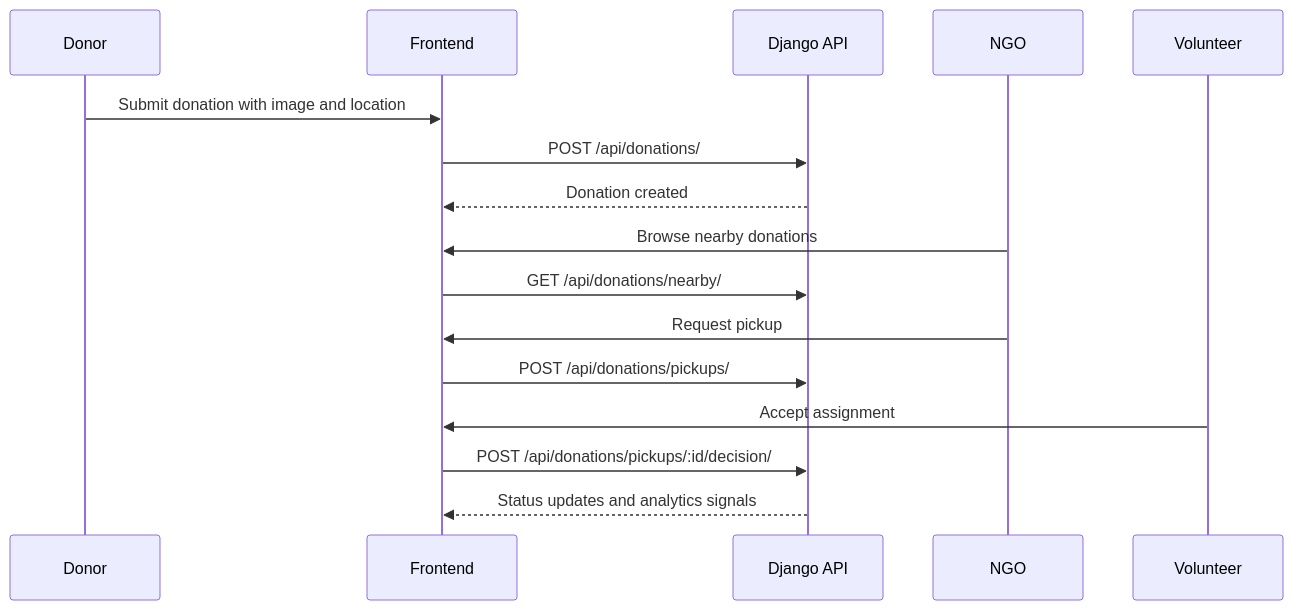
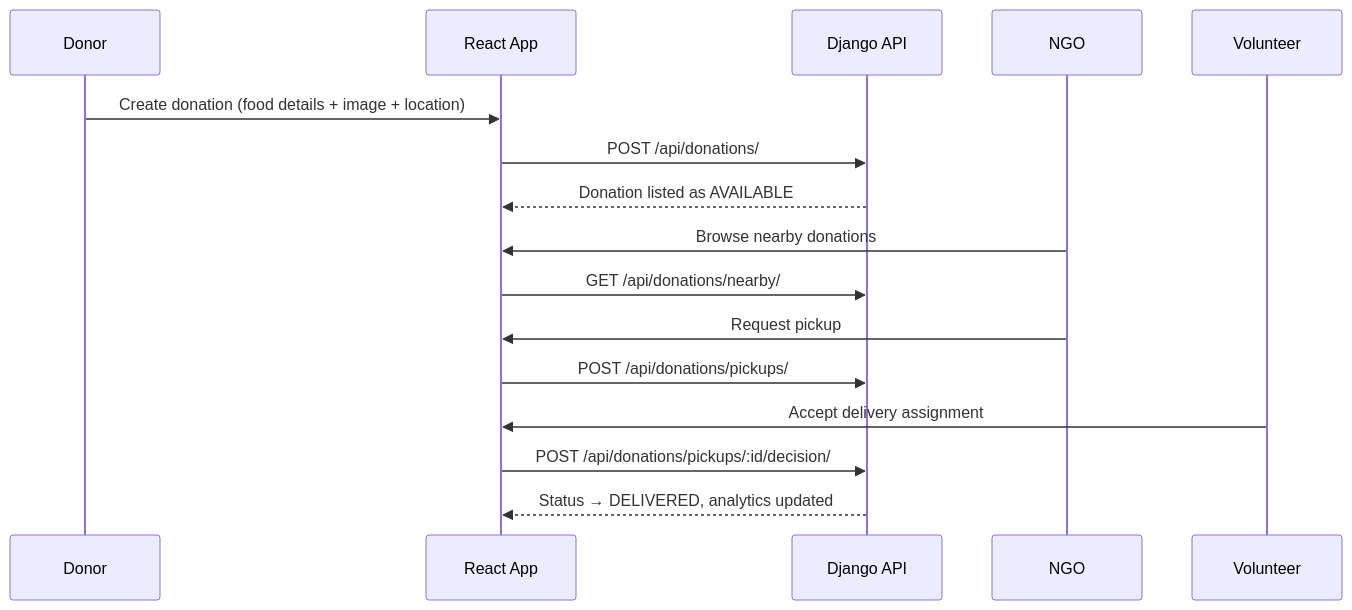
One commit to Rahul-panda564/FoodSave changed the second of 2 diagrams in README.md. Above: the diagram before and after it, drawn with Mermaid. The commit also changed other lines of this file and 16 other files, not shown here.

````diff
--- a/README.md
+++ b/README.md
@@ -111,19 +61,19 @@
 ```mermaid
 sequenceDiagram
   participant Donor
-  participant Frontend
+  participant App as React App
   participant API as Django API
   participant NGO
   participant Volunteer
 
-  Donor->>Frontend: Submit donation with image and location
-  Frontend->>API: POST /api/donations/
-  API-->>Frontend: Donation created
-  NGO->>Frontend: Browse nearby donations
-  Frontend->>API: GET /api/donations/nearby/
-  NGO->>Frontend: Request pickup
-  Frontend->>API: POST /api/donations/pickups/
-  Volunteer->>Frontend: Accept assignment
-  Frontend->>API: POST /api/donations/pickups/:id/decision/
-  API-->>Frontend: Status updates and analytics signals
+  Donor->>App: Create donation (food details + image + location)
+  App->>API: POST /api/donations/
+  API-->>App: Donation listed as AVAILABLE
+  NGO->>App: Browse nearby donations
+  App->>API: GET /api/donations/nearby/
+  NGO->>App: Request pickup
+  App->>API: POST /api/donations/pickups/
+  Volunteer->>App: Accept delivery assignment
+  App->>API: POST /api/donations/pickups/:id/decision/
+  API-->>App: Status → DELIVERED, analytics updated
 ```
````
